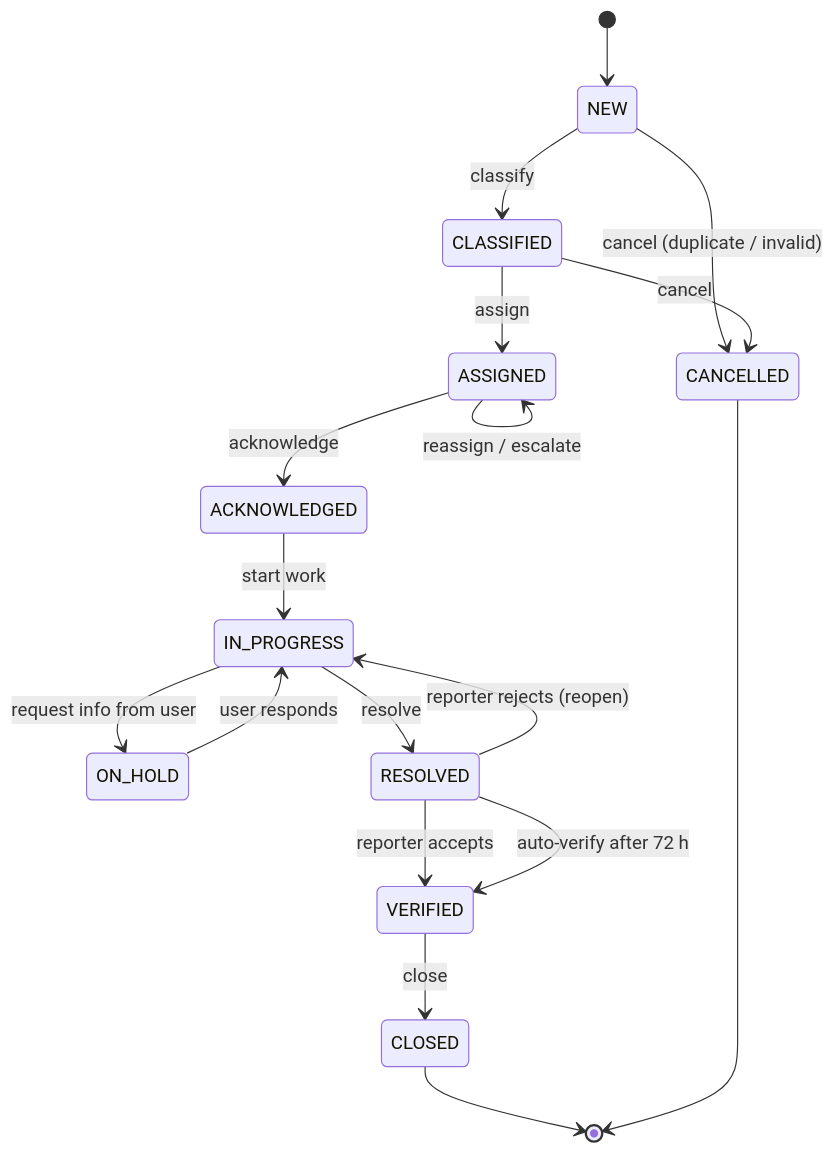
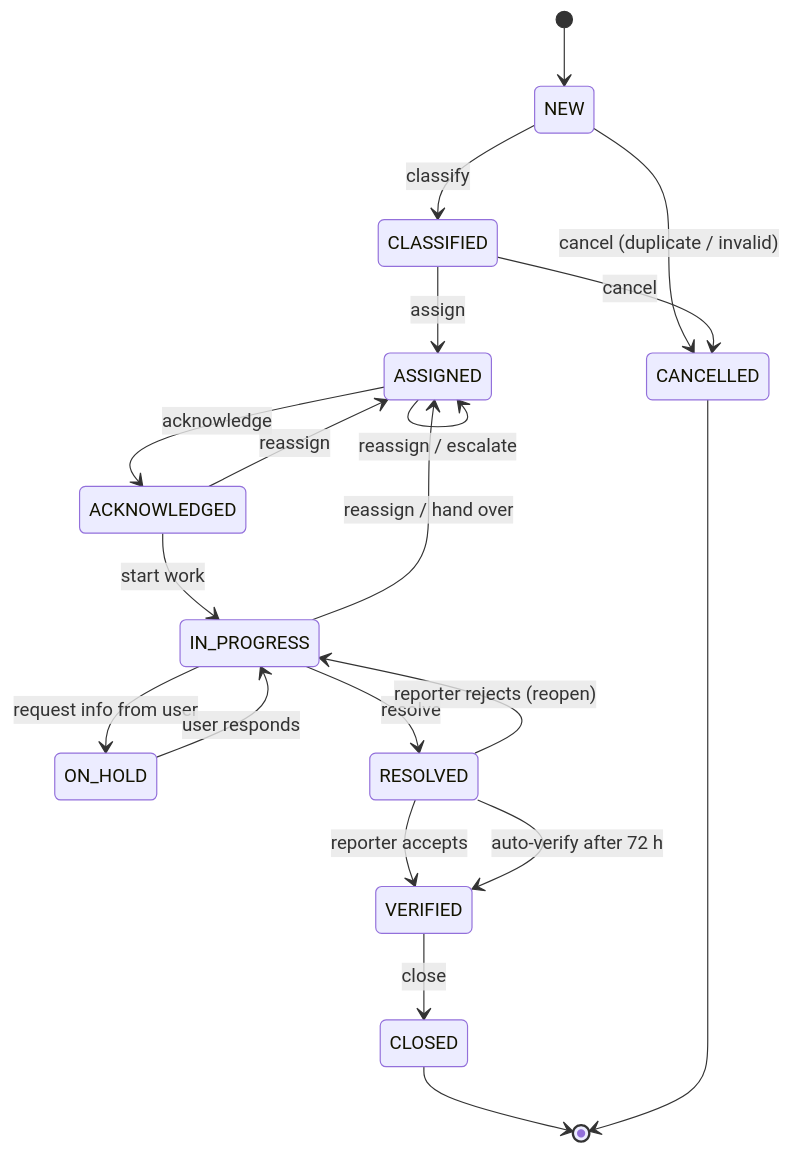
Before and after one commit to Dileep1714/I-ITSM: the fourth of 9 diagrams in docs/DOMAIN_MODEL.md, drawn with Mermaid. The commit also changed other lines of this file and 42 other files, not shown here.

````diff
--- a/docs/DOMAIN_MODEL.md
+++ b/docs/DOMAIN_MODEL.md
@@ -274,20 +276,22 @@
 ```mermaid
 stateDiagram-v2
     [*] --> NEW
     NEW --> CLASSIFIED : classify
     NEW --> CANCELLED : cancel (duplicate / invalid)
     CLASSIFIED --> ASSIGNED : assign
     CLASSIFIED --> CANCELLED : cancel
     ASSIGNED --> ASSIGNED : reassign / escalate
     ASSIGNED --> ACKNOWLEDGED : acknowledge
     ACKNOWLEDGED --> IN_PROGRESS : start work
+    ACKNOWLEDGED --> ASSIGNED : reassign
+    IN_PROGRESS --> ASSIGNED : reassign / hand over
     IN_PROGRESS --> ON_HOLD : request info from user
     ON_HOLD --> IN_PROGRESS : user responds
     IN_PROGRESS --> RESOLVED : resolve
     RESOLVED --> VERIFIED : reporter accepts
     RESOLVED --> IN_PROGRESS : reporter rejects (reopen)
     RESOLVED --> VERIFIED : auto-verify after 72 h
     VERIFIED --> CLOSED : close
     CLOSED --> [*]
     CANCELLED --> [*]
 ```
````
